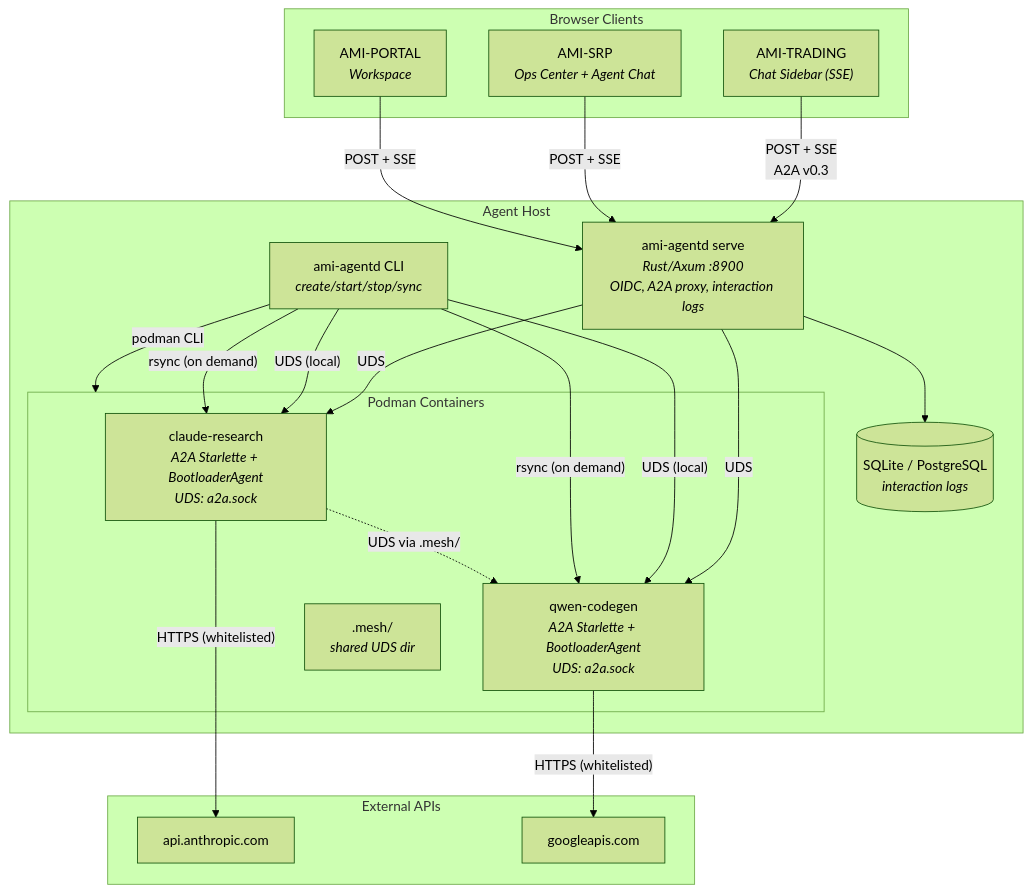
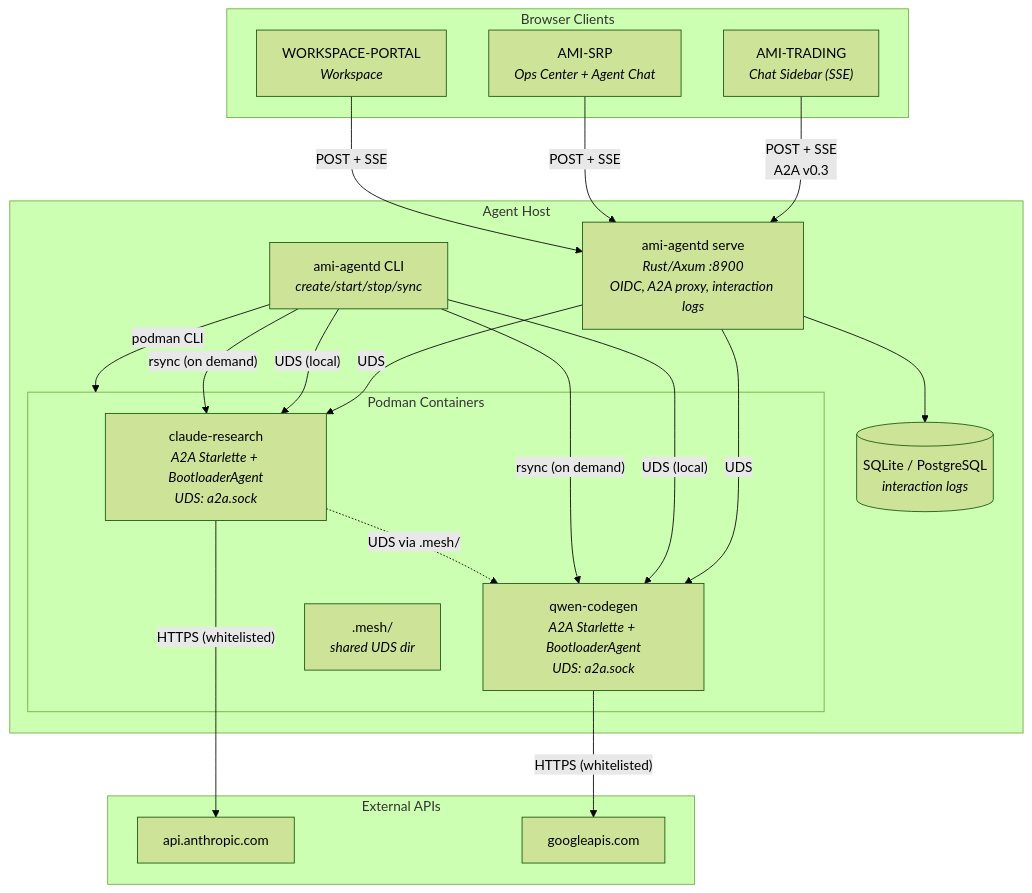
The first of 4 diagrams in docs/archive/v2/ARCH-AGENT-ECOSYSTEM.md (Independent-AI-Labs/WORKSPACE-VM), drawn with Mermaid (forest theme) before and after one commit. The commit also changed 27 other files, not shown here.

First line of the commit message:
refactor: rename AMI-PORTAL/AMI-STREAMS to WORKSPACE-PORTAL/WORKSPACE-STREAMS

````diff
--- a/docs/archive/v2/ARCH-AGENT-ECOSYSTEM.md
+++ b/docs/archive/v2/ARCH-AGENT-ECOSYSTEM.md
@@ -15,37 +15,37 @@
 ```mermaid
 graph TD
     subgraph BROWSER["Browser Clients"]
         TRADING_UI["AMI-TRADING<br/><i>Chat Sidebar (SSE)</i>"]
         SRP_UI["AMI-SRP<br/><i>Ops Center + Agent Chat</i>"]
-        PORTAL_UI["AMI-PORTAL<br/><i>Workspace</i>"]
+        PORTAL_UI["WORKSPACE-PORTAL<br/><i>Workspace</i>"]
     end
 
     subgraph HOST["Agent Host"]
         GW["ami-agentd serve<br/><i>Rust/Axum :8900</i><br/><i>OIDC, A2A proxy, interaction logs</i>"]
         CLI["ami-agentd CLI<br/><i>create/start/stop/sync</i>"]
         DB[("SQLite / PostgreSQL<br/><i>interaction logs</i>")]
 
         subgraph CONTAINERS["Podman Containers"]
             C1["claude-research<br/><i>A2A Starlette + BootloaderAgent</i><br/><i>UDS: a2a.sock</i>"]
             C2["qwen-codegen<br/><i>A2A Starlette + BootloaderAgent</i><br/><i>UDS: a2a.sock</i>"]
             MESH[".mesh/<br/><i>shared UDS dir</i>"]
         end
     end
 
     subgraph EXTERNAL["External APIs"]
         CLAUDE_API["api.anthropic.com"]
         GEMINI_API["googleapis.com"]
     end
 
     TRADING_UI -- "POST + SSE<br/>A2A v0.3" --> GW
     SRP_UI -- "POST + SSE" --> GW
     PORTAL_UI -- "POST + SSE" --> GW
     GW -- "UDS" --> C1 & C2
     GW --> DB
     CLI -- "UDS (local)" --> C1 & C2
     CLI -- "podman CLI" --> CONTAINERS
     CLI -- "rsync (on demand)" --> C1 & C2
     C1 -. "UDS via .mesh/" .-> C2
     C1 -- "HTTPS (whitelisted)" --> CLAUDE_API
     C2 -- "HTTPS (whitelisted)" --> GEMINI_API
 ```
````
